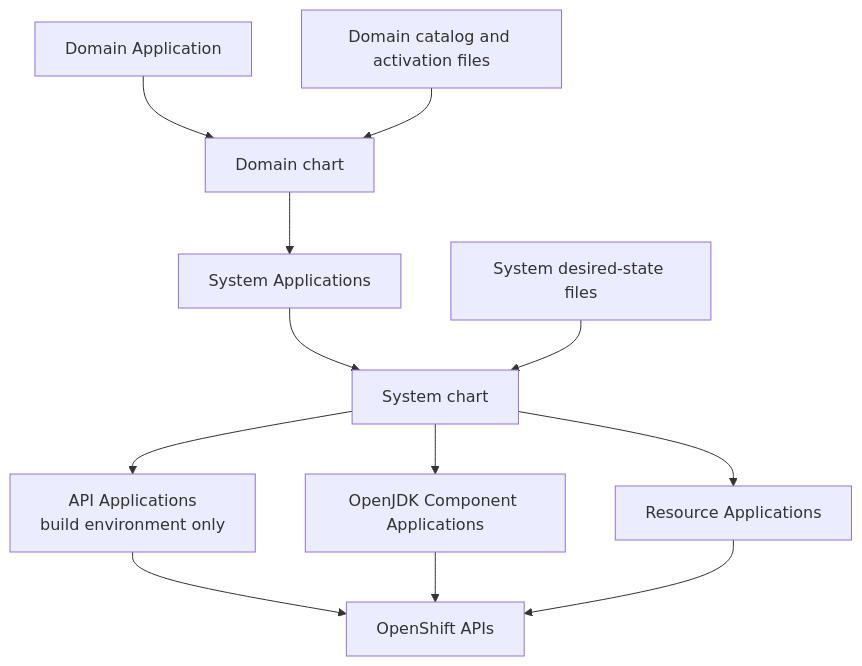
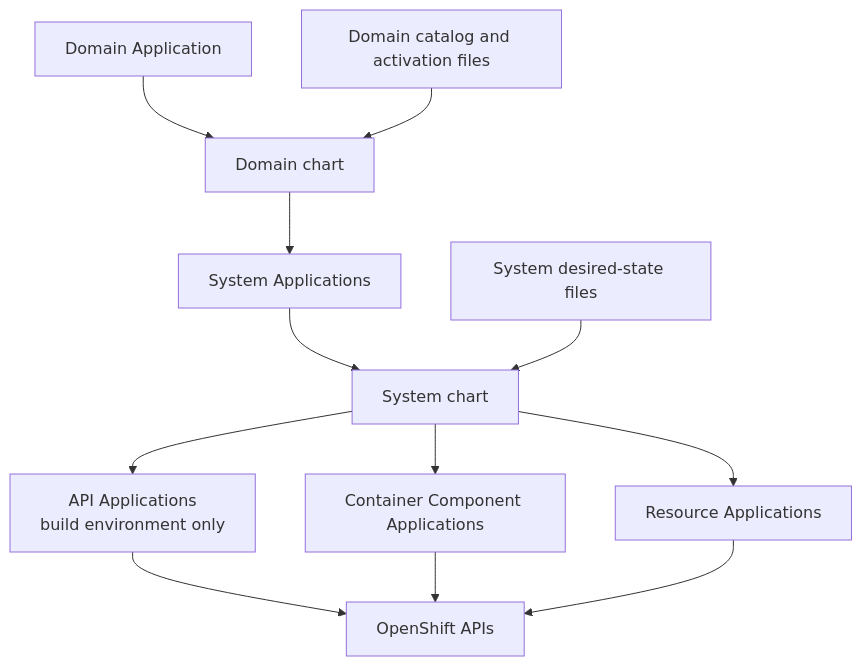
One commit to contract-first-idp-test/developer-charts changed the first of 6 diagrams in docs/architecture.md. Above: the diagram before and after it, drawn with Mermaid. The commit also changed other lines of this file and 45 other files, not shown here.

````diff
--- a/docs/architecture.md
+++ b/docs/architecture.md
@@ -39,16 +39,16 @@
 ```mermaid
 flowchart TD
     accTitle: Developer chart control flow
     accDescr: Domain and System tenant repositories feed their matching charts. The System chart creates build-environment API Applications plus Component and Resource Applications that reconcile OpenShift APIs.
     entry[Domain Application] --> domain[Domain chart]
     domainGit[Domain catalog and activation files] --> domain
     domain --> systemApps[System Applications]
     systemApps --> system[System chart]
     systemGit[System desired-state files] --> system
     system --> apiApps["API Applications<br/>build environment only"]
-    system --> componentApps[OpenJDK Component Applications]
+    system --> componentApps[Container Component Applications]
     system --> resourceApps[Resource Applications]
     apiApps --> cluster[OpenShift APIs]
     componentApps --> cluster
     resourceApps --> cluster
 ```
````
